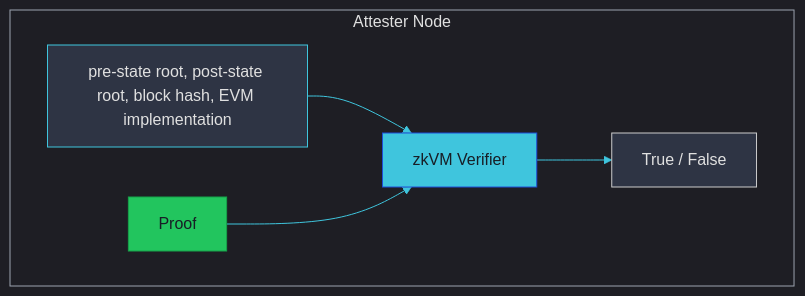
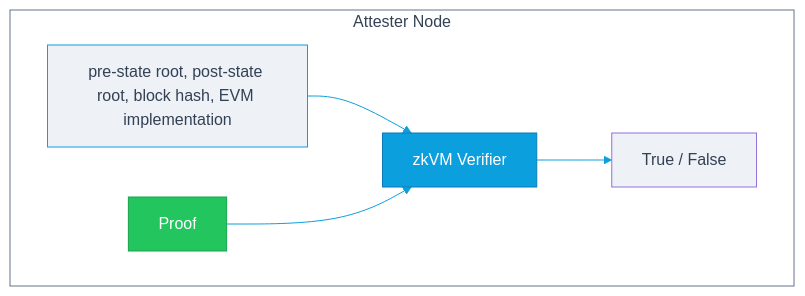
The diagram in 2026-02-13-ethboulder/diagrams/zkvm-verifier-riscv.mmd (codygunton/talks-and-writing), drawn with Mermaid before and after one commit. The commit also changed 11 other files, not shown here.

```diff
--- a/2026-02-13-ethboulder/diagrams/zkvm-verifier-riscv.mmd
+++ b/2026-02-13-ethboulder/diagrams/zkvm-verifier-riscv.mmd
@@ -1,15 +1,15 @@
-%%{init: {"theme": "dark", "themeVariables": {"primaryColor": "#2e3444", "primaryTextColor": "#e0e0e0", "lineColor": "#3fc5dd", "secondaryColor": "#282e3e"}}}%%
+%%{init: {"theme": "default", "themeVariables": {"primaryColor": "#eef1f6", "primaryTextColor": "#334155", "lineColor": "#0c9fde", "secondaryColor": "#f5f7fa"}}}%%
 flowchart LR
-    classDef io fill:#2e3444,stroke:#3fc5dd,color:#e0e0e0
-    classDef proc fill:#3fc5dd,stroke:#1d4ed8,color:#181e26
-    classDef proof fill:#22c55e,stroke:#16a34a,color:#181e26
-    classDef result fill:#2e3444,color:#e0e0e0
+    classDef io fill:#eef1f6,stroke:#0c9fde,color:#334155
+    classDef proc fill:#0c9fde,stroke:#0a7bb8,color:#ffffff
+    classDef proof fill:#22c55e,stroke:#16a34a,color:#ffffff
+    classDef result fill:#eef1f6,color:#334155
 
     subgraph Attester["Attester Node"]
             direction LR
             Inputs["pre-state root, post-state root, block hash, EVM implementation"]:::io --> ZKV
             Proof:::proof --> ZKV[zkVM Verifier]:::proc
             ZKV --> Result["True / False"]:::result
     end
 
-    style Attester fill:none,stroke:#9ca3af,color:#e0e0e0
+    style Attester fill:none,stroke:#64748b,color:#334155
```
